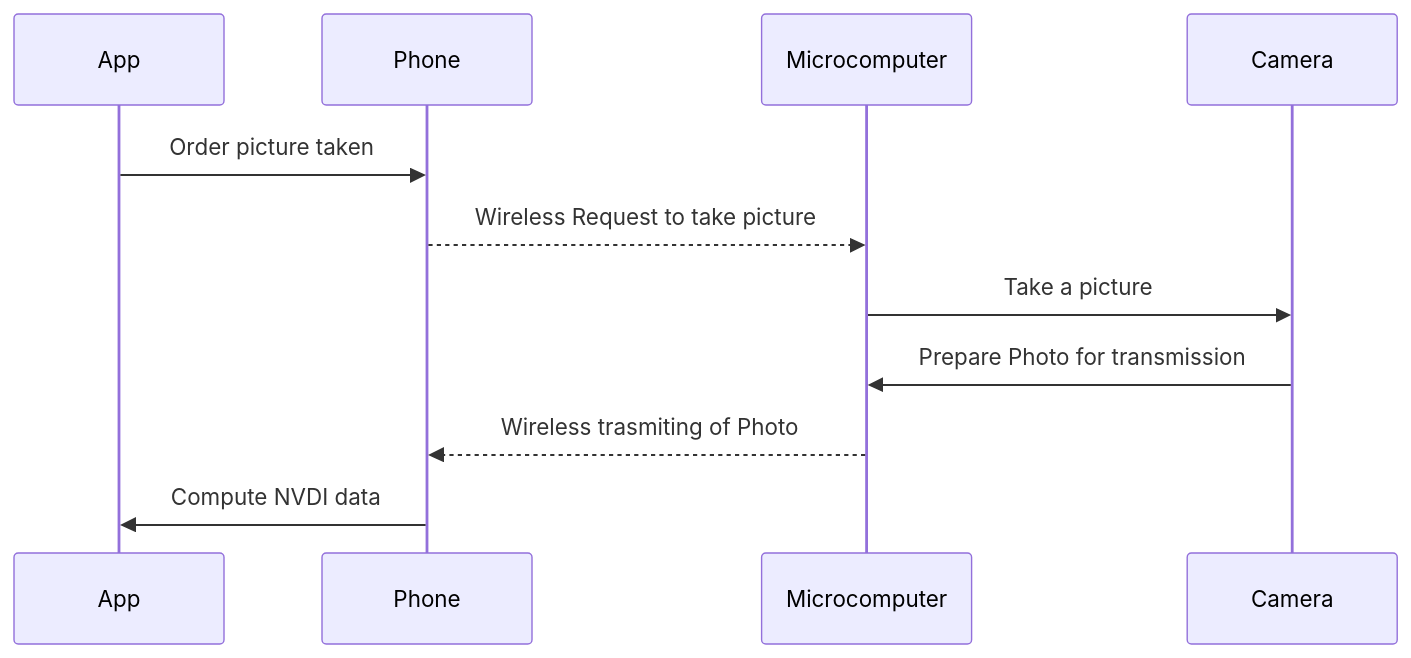
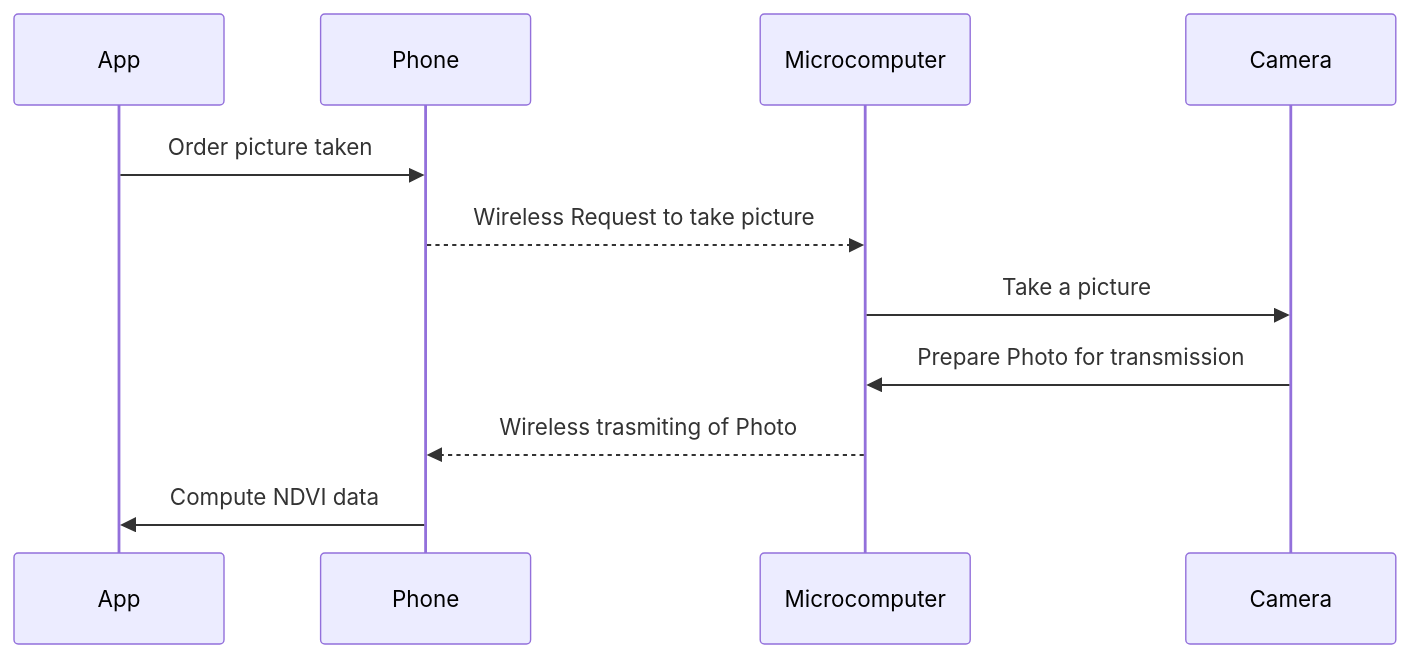
The diagram in README.md (nguzinski/Eye-In-The-Sky), drawn with Mermaid before and after one commit. The commit also changed other lines of this file, not shown here.

````diff
--- a/README.md
+++ b/README.md
@@ -18,10 +18,10 @@
 ```mermaid
 sequenceDiagram
 App ->> Phone: Order picture taken
 Phone -->> Microcomputer: Wireless Request to take picture
 Microcomputer ->> Camera: Take a picture
 Camera ->> Microcomputer: Prepare Photo for transmission
 Microcomputer -->> Phone: Wireless trasmiting of Photo
-Phone ->> App: Compute NVDI data
+Phone ->> App: Compute NDVI data
 
 ```
````
